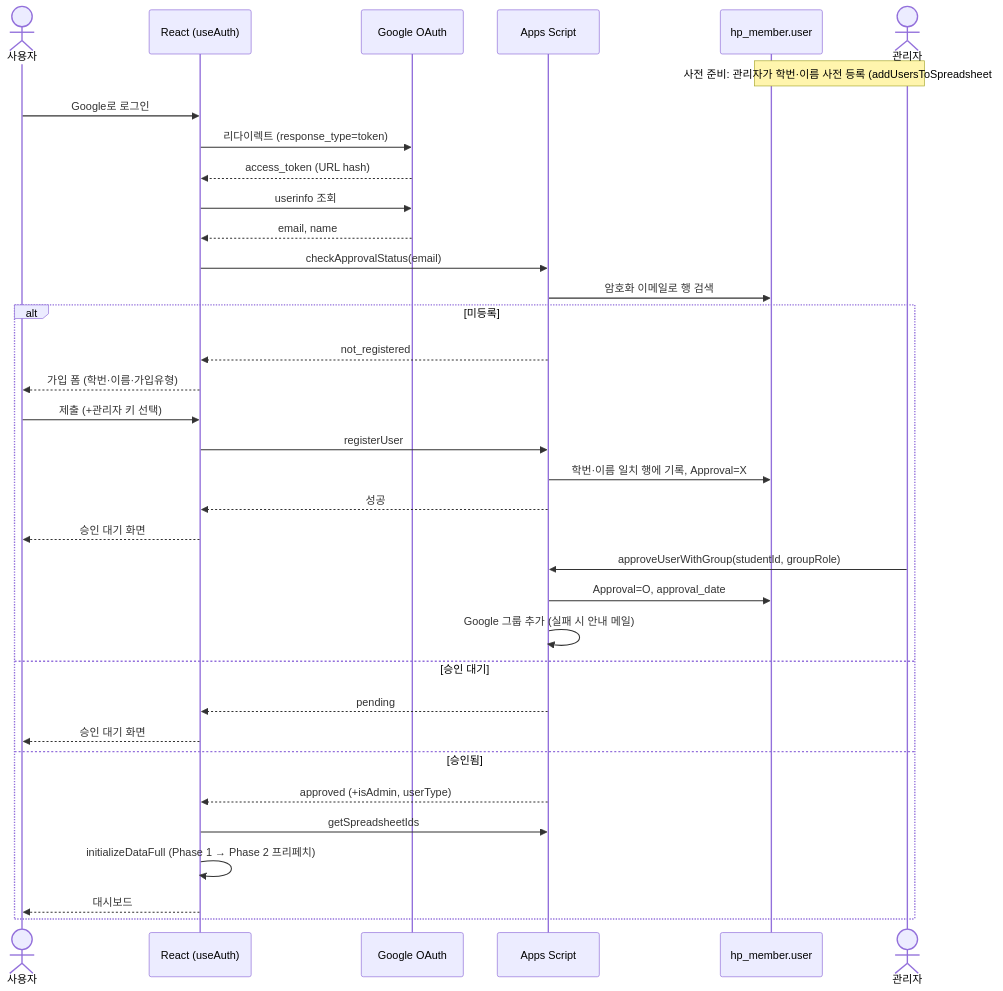
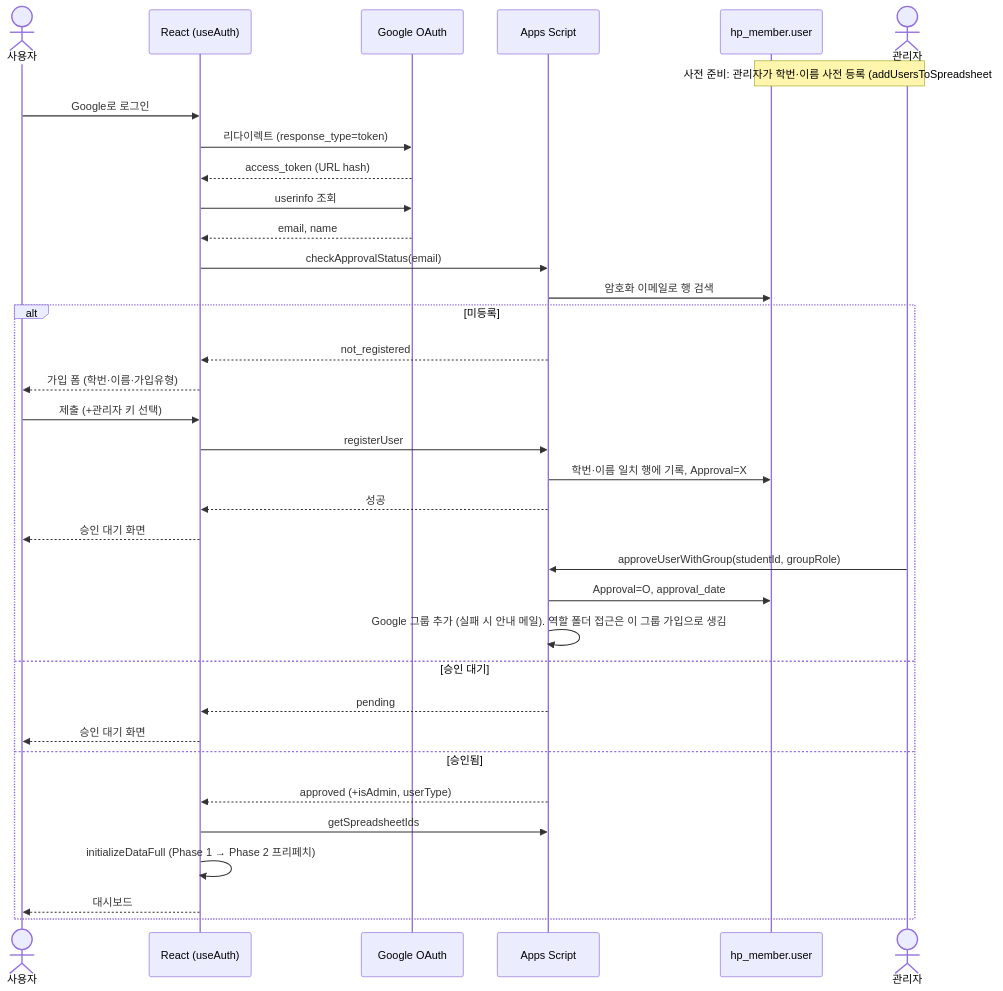
Before and after one commit to semicolon213/hot_potato_remake: the fourth of 13 diagrams in docs/ARCHITECTURE.md, drawn with Mermaid. The commit also changed other lines of this file and 11 other files, not shown here.

````diff
--- a/docs/ARCHITECTURE.md
+++ b/docs/ARCHITECTURE.md
@@ -124,38 +124,38 @@
 ```mermaid
 sequenceDiagram
     actor User as 사용자
     participant FE as React (useAuth)
     participant G as Google OAuth
     participant GAS as Apps Script
     participant S as hp_member.user
     actor Admin as 관리자
 
     Note over Admin,S: 사전 준비: 관리자가 학번·이름 사전 등록 (addUsersToSpreadsheet)
     User->>FE: Google로 로그인
     FE->>G: 리다이렉트 (response_type=token)
     G-->>FE: access_token (URL hash)
     FE->>G: userinfo 조회
     G-->>FE: email, name
     FE->>GAS: checkApprovalStatus(email)
     GAS->>S: 암호화 이메일로 행 검색
     alt 미등록
         GAS-->>FE: not_registered
         FE-->>User: 가입 폼 (학번·이름·가입유형)
         User->>FE: 제출 (+관리자 키 선택)
         FE->>GAS: registerUser
         GAS->>S: 학번·이름 일치 행에 기록, Approval=X
         GAS-->>FE: 성공
         FE-->>User: 승인 대기 화면
         Admin->>GAS: approveUserWithGroup(studentId, groupRole)
         GAS->>S: Approval=O, approval_date
-        GAS->>GAS: Google 그룹 추가 (실패 시 안내 메일)
+        GAS->>GAS: Google 그룹 추가 (실패 시 안내 메일). 역할 폴더 접근은 이 그룹 가입으로 생김
     else 승인 대기
         GAS-->>FE: pending
         FE-->>User: 승인 대기 화면
     else 승인됨
         GAS-->>FE: approved (+isAdmin, userType)
         FE->>GAS: getSpreadsheetIds
         FE->>FE: initializeDataFull (Phase 1 → Phase 2 프리페치)
         FE-->>User: 대시보드
     end
 ```
````
